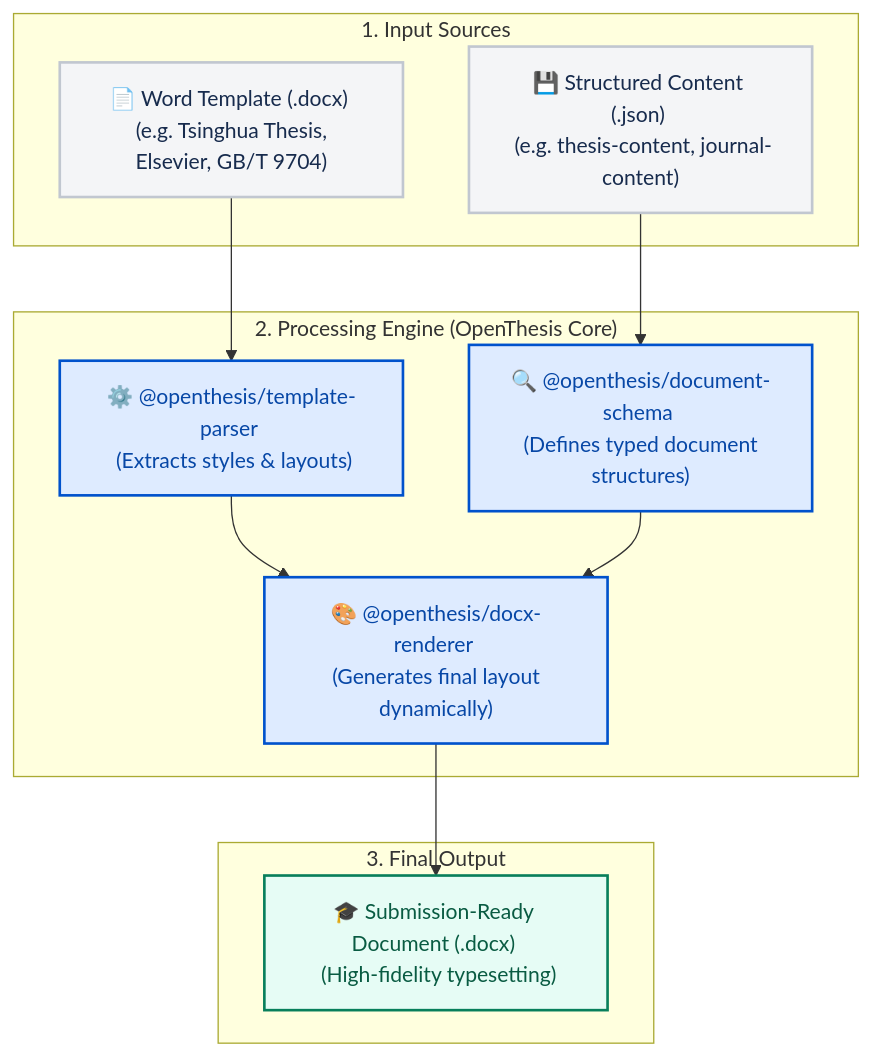
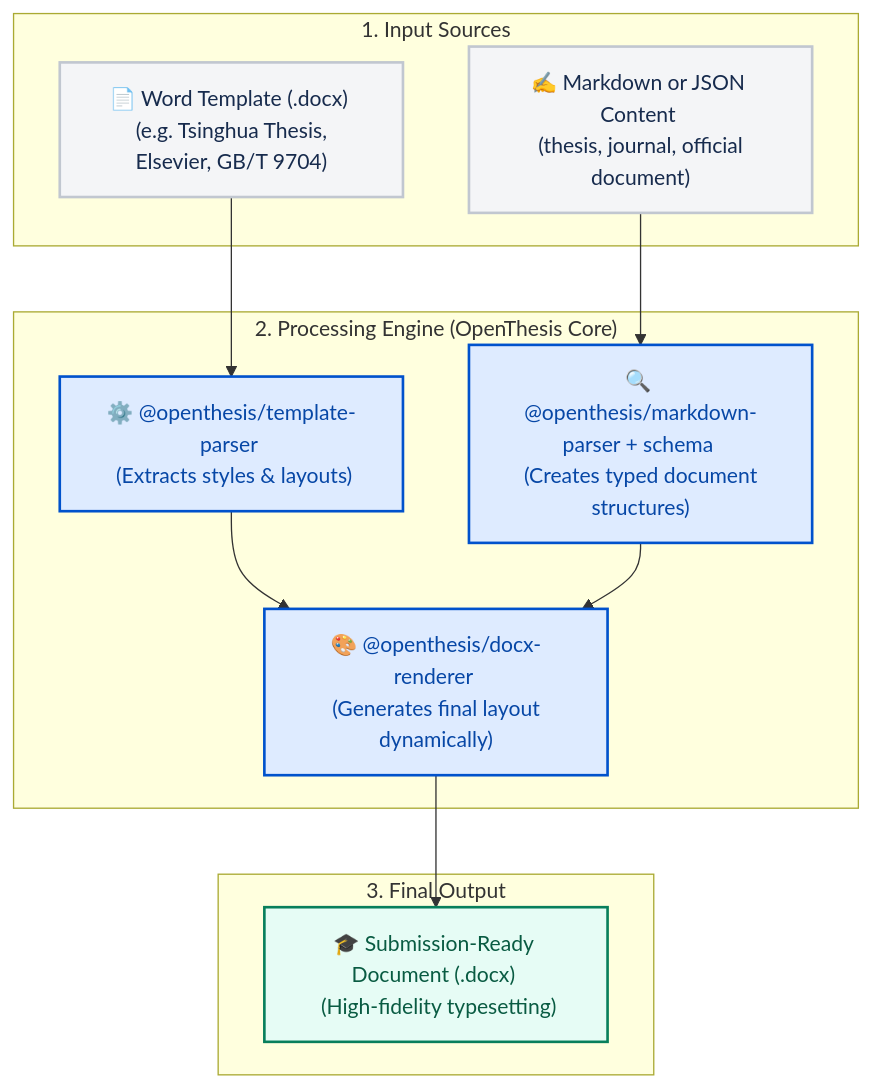
The diagram in README.md (1771902720-lgtm/OpenThesis), drawn with Mermaid before and after one commit. The commit also changed other lines of this file and 23 other files, not shown here.

````diff
--- a/README.md
+++ b/README.md
@@ -39,34 +39,34 @@
 ```mermaid
 graph TD
     %% Nodes and Groups
     subgraph Inputs ["1. Input Sources"]
         A["📄 Word Template (.docx) <br> (e.g. Tsinghua Thesis, Elsevier, GB/T 9704)"]
-        B["💾 Structured Content (.json) <br> (e.g. thesis-content, journal-content)"]
+        B["✍️ Markdown or JSON Content <br> (thesis, journal, official document)"]
     end
 
     subgraph Core ["2. Processing Engine (OpenThesis Core)"]
         C["⚙️ @openthesis/template-parser <br> (Extracts styles & layouts)"]
-        D["🔍 @openthesis/document-schema <br> (Defines typed document structures)"]
+        D["🔍 @openthesis/markdown-parser + schema <br> (Creates typed document structures)"]
         E["🎨 @openthesis/docx-renderer <br> (Generates final layout dynamically)"]
     end
 
     subgraph Output ["3. Final Output"]
         F["🎓 Submission-Ready Document (.docx) <br> (High-fidelity typesetting)"]
     end
 
     %% Flows
     A --> C
     B --> D
     C --> E
     D --> E
     E --> F
 
     %% Styling
     classDef inputStyle fill:#f4f5f7,stroke:#c1c7d0,stroke-width:2px,color:#172b4d;
     classDef coreStyle fill:#deebff,stroke:#0052cc,stroke-width:2px,color:#0747a6;
     classDef outputStyle fill:#e6fcf5,stroke:#087f5b,stroke-width:2px,color:#095b42;
 
     class A,B inputStyle;
     class C,D,E coreStyle;
     class F outputStyle;
 ```
````
